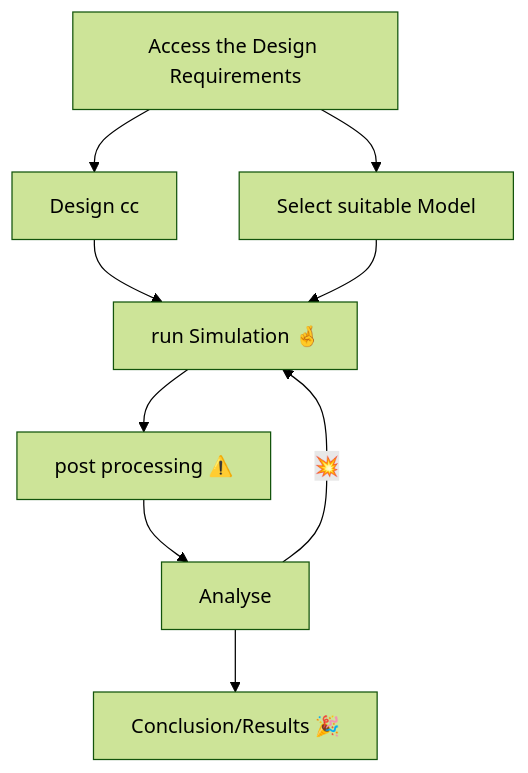
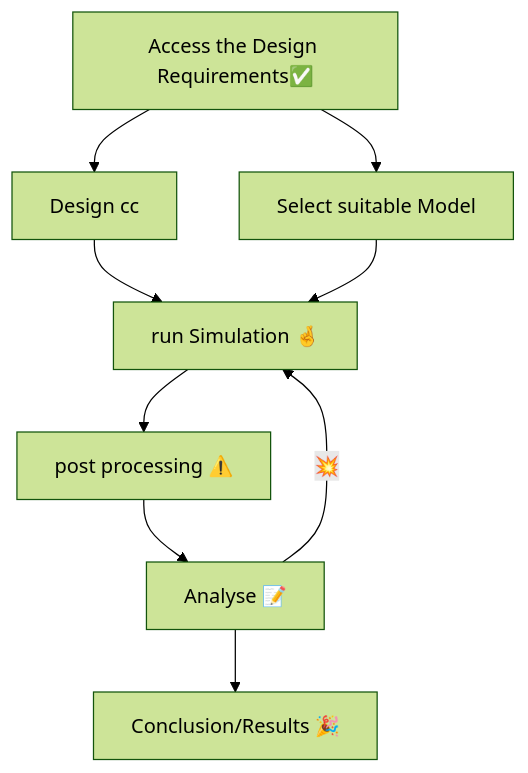
Before and after one commit to tanishk-workspace/cryo-manuscripts: the diagram in README.md, drawn with Mermaid (forest theme). The commit also changed other lines of this file, not shown here.

````diff
--- a/README.md
+++ b/README.md
@@ -2,12 +2,12 @@
 ```mermaid
  flowchart TD;
- A[Access the Design Requirements]-->B[Design cc];
+ A[Access the Design Requirements✅]-->B[Design cc];
  A-->C[Select suitable Model];
  B-->D[Impliment model];
  C-->D[run Simulation 🤞];
  D-->E[post processing ⚠️];
- E-->F[Analyse];
+ E-->F[Analyse 📝];
  F--💥-->D
  F-->G[Conclusion/Results 🎉];
   
 ```
````
